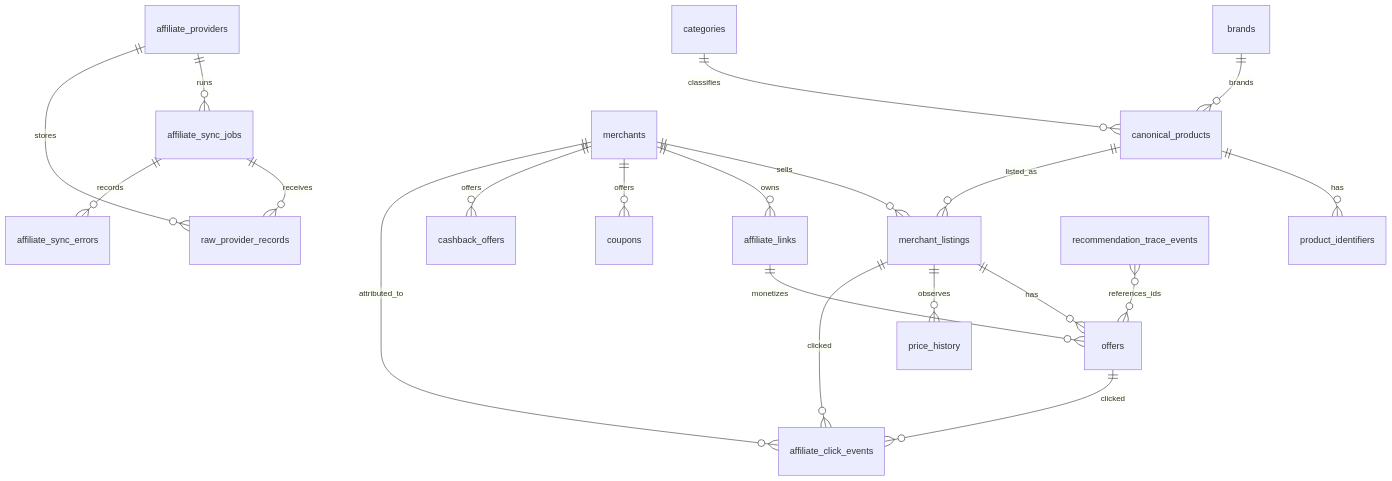
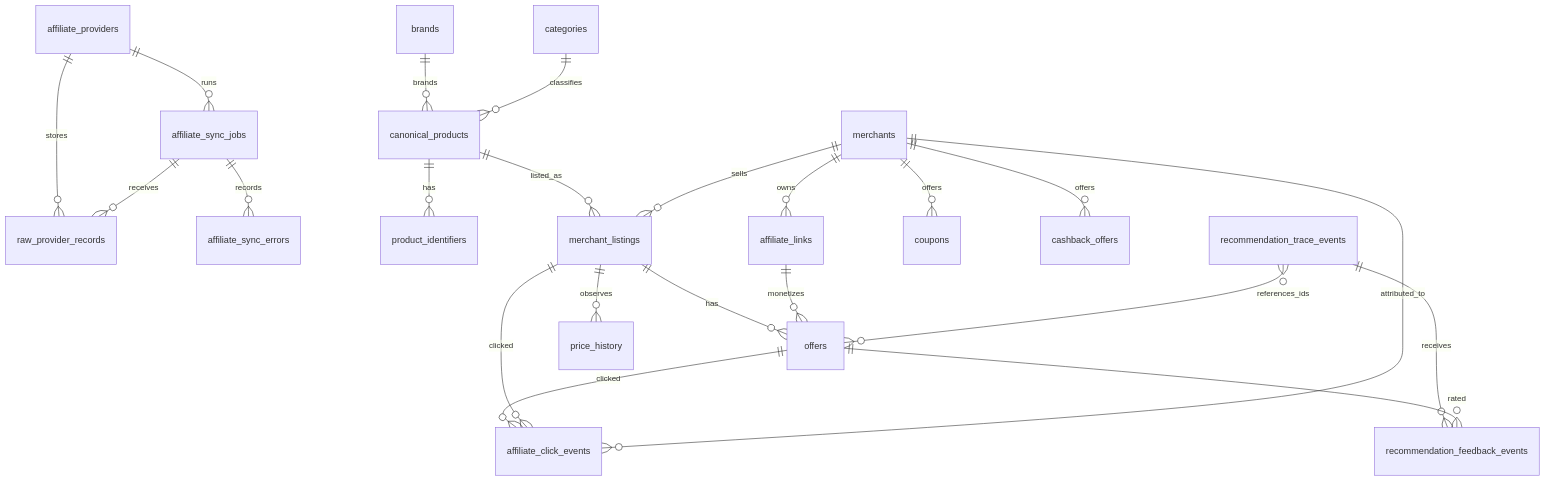
The diagram in docs/DATA_MODEL.md (leoly5945-hash/SaveIQ), drawn with Mermaid before and after one commit. The commit also changed other lines of this file and 19 other files, not shown here.

Commit message:
Add Gate 4G recommendation feedback

````diff
--- a/docs/DATA_MODEL.md
+++ b/docs/DATA_MODEL.md
@@ -17,22 +18,24 @@
 ```mermaid
 erDiagram
   affiliate_providers ||--o{ affiliate_sync_jobs : runs
   affiliate_providers ||--o{ raw_provider_records : stores
   affiliate_sync_jobs ||--o{ raw_provider_records : receives
   affiliate_sync_jobs ||--o{ affiliate_sync_errors : records
   brands ||--o{ canonical_products : brands
   categories ||--o{ canonical_products : classifies
   canonical_products ||--o{ product_identifiers : has
   canonical_products ||--o{ merchant_listings : listed_as
   merchants ||--o{ merchant_listings : sells
   merchant_listings ||--o{ offers : has
   merchant_listings ||--o{ price_history : observes
   merchants ||--o{ affiliate_links : owns
   affiliate_links ||--o{ offers : monetizes
   merchants ||--o{ coupons : offers
   merchants ||--o{ cashback_offers : offers
   offers ||--o{ affiliate_click_events : clicked
   merchant_listings ||--o{ affiliate_click_events : clicked
   merchants ||--o{ affiliate_click_events : attributed_to
   recommendation_trace_events }o--o{ offers : references_ids
+  recommendation_trace_events ||--o{ recommendation_feedback_events : receives
+  offers ||--o{ recommendation_feedback_events : rated
 ```
````
